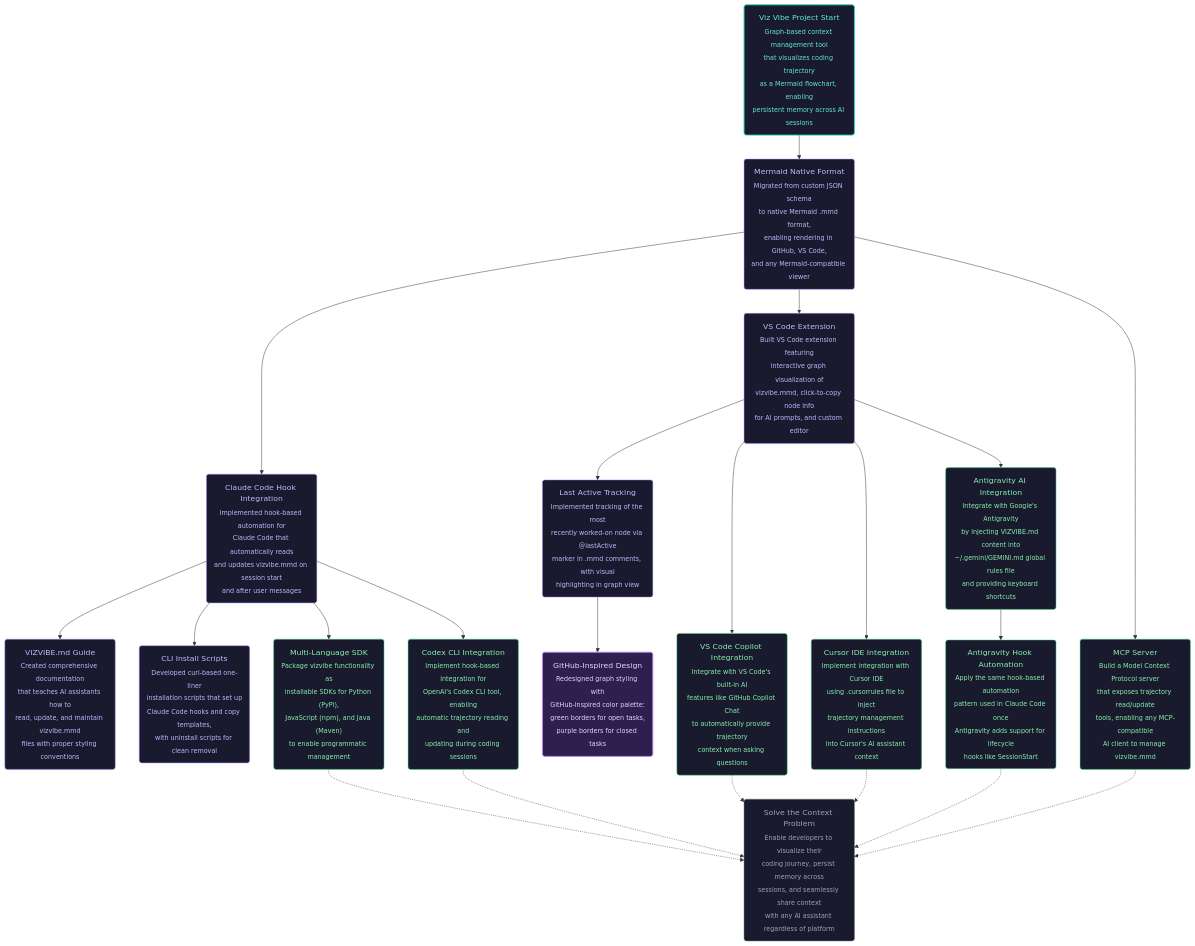
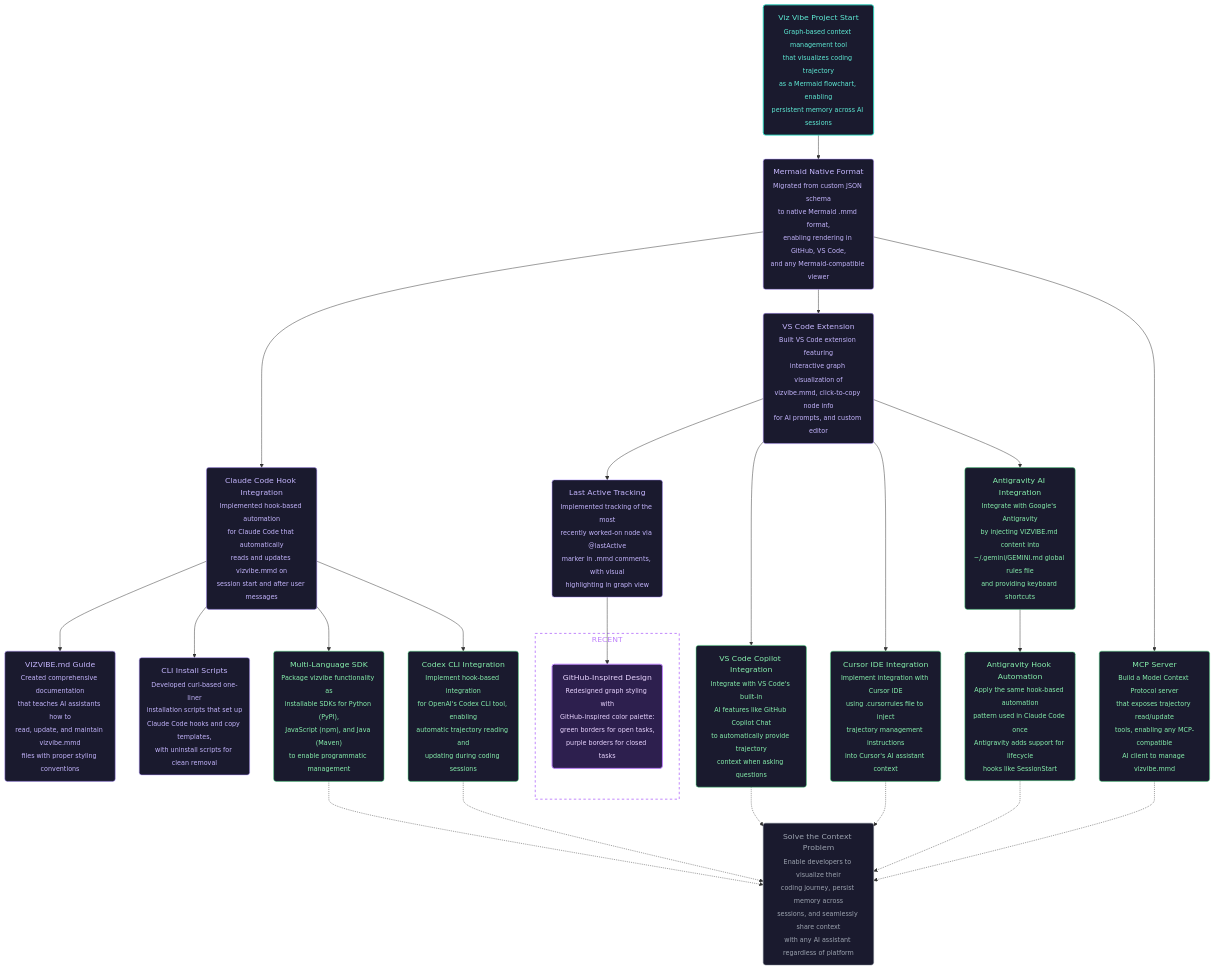
The third of 9 diagrams in shared/templates/VIZVIBE.md (NamHyeongKeol/viz-vibe), drawn with Mermaid before and after one commit. The commit also changed other lines of this file and 1 other file, not shown here.

```diff
--- a/shared/templates/VIZVIBE.md
+++ b/shared/templates/VIZVIBE.md
@@ -380,7 +380,7 @@
     mermaid_native("Mermaid Native Format<br/><sub>Migrated from custom JSON schema<br/>to native Mermaid .mmd format,<br/>enabling rendering in GitHub, VS Code,<br/>and any Mermaid-compatible viewer</sub>")
 
     %% @claude_code_integration [ai-task, closed]
-    claude_code_integration("Claude Code Hook Integration<br/><sub>Implemented hook-based automation for<br/>Claude Code that automatically reads<br/>and updates vizvibe.mmd on session start<br/>and after user messages</sub>")
+    claude_code_integration("Claude Code Hook Integration<br/><sub>Implemented hook-based automation<br/>for Claude Code that automatically<br/>reads and updates vizvibe.mmd on<br/>session start and after user messages</sub>")
 
     %% @vizvibe_guide [ai-task, closed]
     vizvibe_guide("VIZVIBE.md Guide<br/><sub>Created comprehensive documentation<br/>that teaches AI assistants how to<br/>read, update, and maintain vizvibe.mmd<br/>files with proper styling conventions</sub>")
@@ -399,7 +399,7 @@
 
     %% === FUTURE WORK: AI AGENT INTEGRATIONS ===
     %% @vscode_agent_integration [ai-task, opened]
-    vscode_agent_integration("VS Code Copilot Integration<br/><sub>Integrate with VS Code's built-in AI<br/>features like GitHub Copilot Chat<br/>to automatically provide trajectory<br/>context when asking questions</sub>")
+    vscode_agent_integration("VS Code Copilot Integration<br/><sub>Integrate with VS Code's built-in<br/>AI features like GitHub Copilot Chat<br/>to automatically provide trajectory<br/>context when asking questions</sub>")
 
     %% @cursor_agent_integration [ai-task, opened]
     cursor_agent_integration("Cursor IDE Integration<br/><sub>Implement integration with Cursor IDE<br/>using .cursorrules file to inject<br/>trajectory management instructions<br/>into Cursor's AI assistant context</sub>")
@@ -411,7 +411,7 @@
     antigravity_hook_support("Antigravity Hook Automation<br/><sub>Apply the same hook-based automation<br/>pattern used in Claude Code once<br/>Antigravity adds support for lifecycle<br/>hooks like SessionStart</sub>")
 
     %% @codex_cli_integration [ai-task, opened]
-    codex_cli_integration("Codex CLI Integration<br/><sub>Implement hook-based integration for<br/>OpenAI's Codex CLI tool, enabling<br/>automatic trajectory reading and<br/>updating during coding sessions</sub>")
+    codex_cli_integration("Codex CLI Integration<br/><sub>Implement hook-based integration<br/>for OpenAI's Codex CLI tool, enabling<br/>automatic trajectory reading and<br/>updating during coding sessions</sub>")
 
     %% === FUTURE WORK: OTHER ===
     %% @lib_packaging [ai-task, opened]
@@ -442,6 +442,12 @@
     cursor_agent_integration -.-> ultimate_goal
     antigravity_hook_support -.-> ultimate_goal
 
+    %% === RECENT WORK HIGHLIGHT ===
+    %% Use subgraph to visually highlight recently completed work
+    subgraph recent [RECENT]
+        design_renewal
+    end
+
     %% === STYLES ===
     %% GitHub-inspired colors: Open = green, Closed = purple/gray
 
@@ -462,6 +468,9 @@
     %% Last active node (highlighted - brighter purple)
     style design_renewal fill:#2d1f4e,stroke:#c084fc,color:#e9d5ff,stroke-width:2px
 
+    %% Recent subgraph style (dashed purple border)
+    style recent fill:transparent,stroke:#c084fc,color:#c084fc,stroke-width:2px,stroke-dasharray:5 5
+
     %% Open tasks (soft green - like GitHub open)
     style vscode_agent_integration fill:#1a1a2e,stroke:#4ade80,color:#86efac,stroke-width:1px
     style cursor_agent_integration fill:#1a1a2e,stroke:#4ade80,color:#86efac,stroke-width:1px
```
